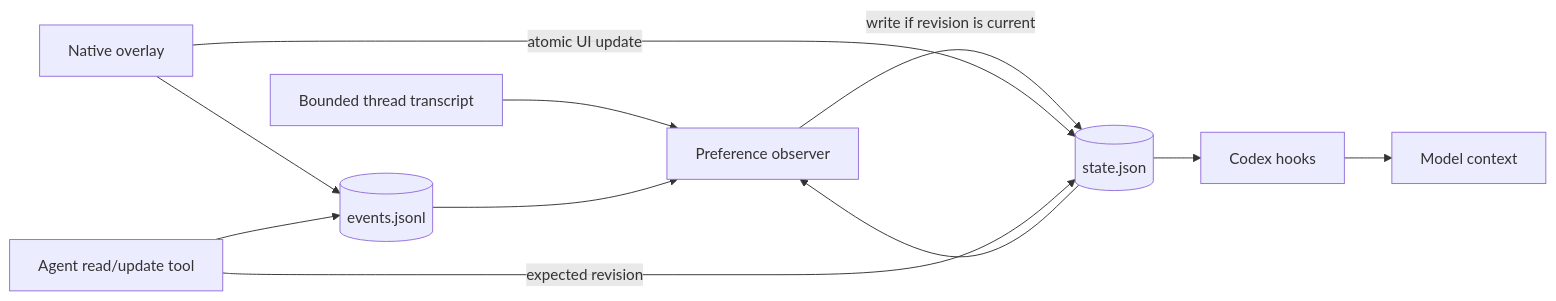
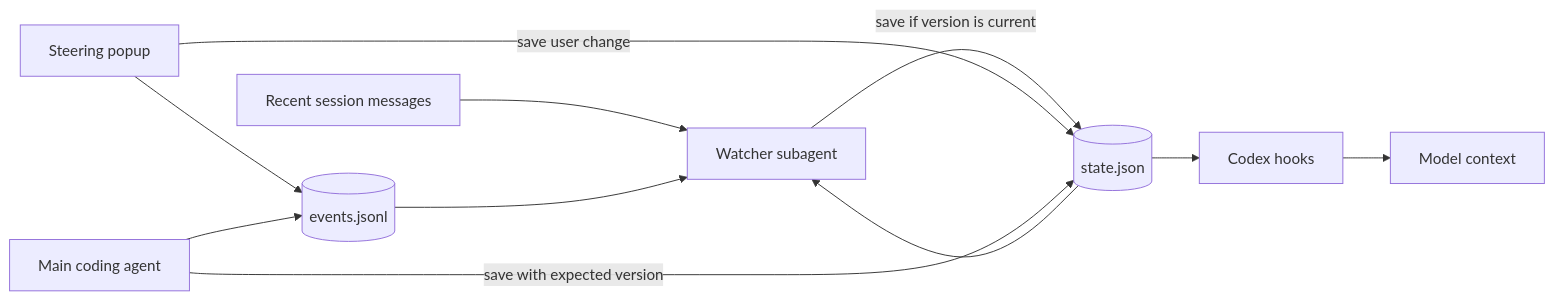
The first of 2 diagrams in README.md (pirate/agent-structured-steering), drawn with Mermaid before and after one commit. The commit also changed other lines of this file, not shown here.

````diff
--- a/README.md
+++ b/README.md
@@ -116,13 +114,13 @@
 ```mermaid
 flowchart LR
-    T[Bounded thread transcript] --> O[Preference observer]
+    T[Recent session messages] --> O[Watcher subagent]
     S[(state.json)] --> O
     E[(events.jsonl)] --> O
-    O -->|write if revision is current| S
-    U[Native overlay] -->|atomic UI update| S
+    O -->|save if version is current| S
+    U[Steering popup] -->|save user change| S
     U --> E
-    A[Agent read/update tool] -->|expected revision| S
+    A[Main coding agent] -->|save with expected version| S
     A --> E
     S --> H[Codex hooks]
     H --> C[Model context]
 ```
````
